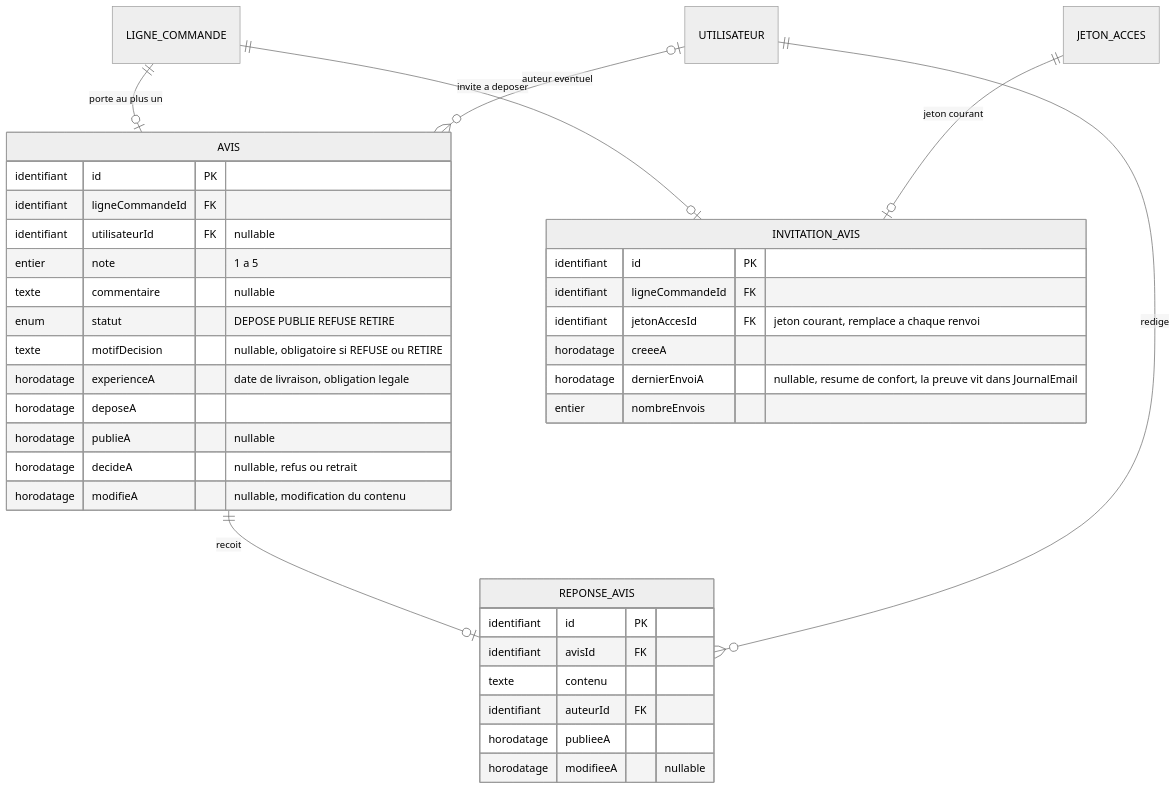
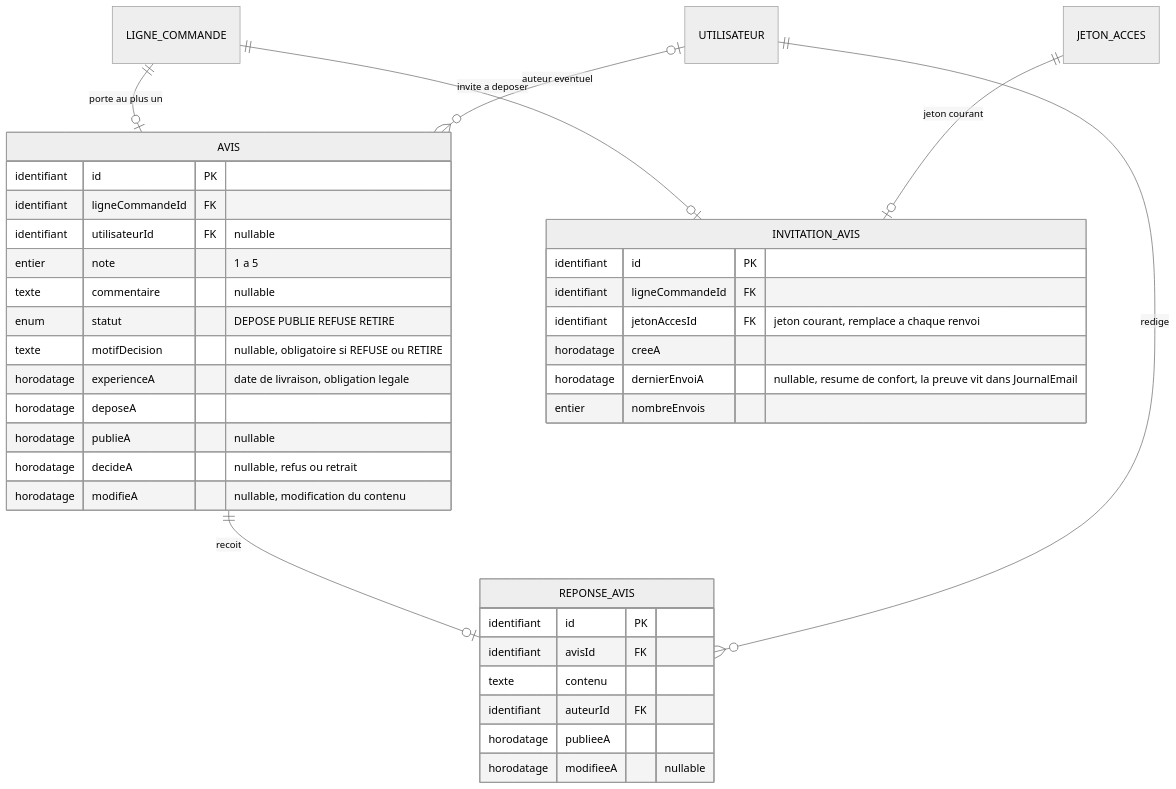
One commit to krismos64/lune-soleil changed the eighth of 9 diagrams in docs/architecture/MODELE-CONCEPTUEL.md. Above: the diagram before and after it, drawn with Mermaid (neutral theme). The commit also changed other lines of this file and 1 other file, not shown here.

````diff
--- a/docs/architecture/MODELE-CONCEPTUEL.md
+++ b/docs/architecture/MODELE-CONCEPTUEL.md
@@ -1042,40 +1073,40 @@
 ```mermaid
 erDiagram
     LIGNE_COMMANDE ||--o| AVIS : "porte au plus un"
     LIGNE_COMMANDE ||--o| INVITATION_AVIS : "invite a deposer"
     JETON_ACCES ||--o| INVITATION_AVIS : "jeton courant"
     AVIS ||--o| REPONSE_AVIS : "recoit"
     UTILISATEUR ||--o{ REPONSE_AVIS : "redige"
     UTILISATEUR |o--o{ AVIS : "auteur eventuel"
 
     AVIS {
         identifiant id PK
         identifiant ligneCommandeId FK
         identifiant utilisateurId FK "nullable"
         entier note "1 a 5"
         texte commentaire "nullable"
         enum statut "DEPOSE PUBLIE REFUSE RETIRE"
         texte motifDecision "nullable, obligatoire si REFUSE ou RETIRE"
         horodatage experienceA "date de livraison, obligation legale"
         horodatage deposeA
         horodatage publieA "nullable"
         horodatage decideA "nullable, refus ou retrait"
         horodatage modifieA "nullable, modification du contenu"
     }
     REPONSE_AVIS {
         identifiant id PK
         identifiant avisId FK
         texte contenu
         identifiant auteurId FK
         horodatage publieeA
         horodatage modifieeA "nullable"
     }
     INVITATION_AVIS {
         identifiant id PK
         identifiant ligneCommandeId FK
         identifiant jetonAccesId FK "jeton courant, remplace a chaque renvoi"
-        horodatage creeeA
+        horodatage creeA
         horodatage dernierEnvoiA "nullable, resume de confort, la preuve vit dans JournalEmail"
         entier nombreEnvois
     }
 ```
````
